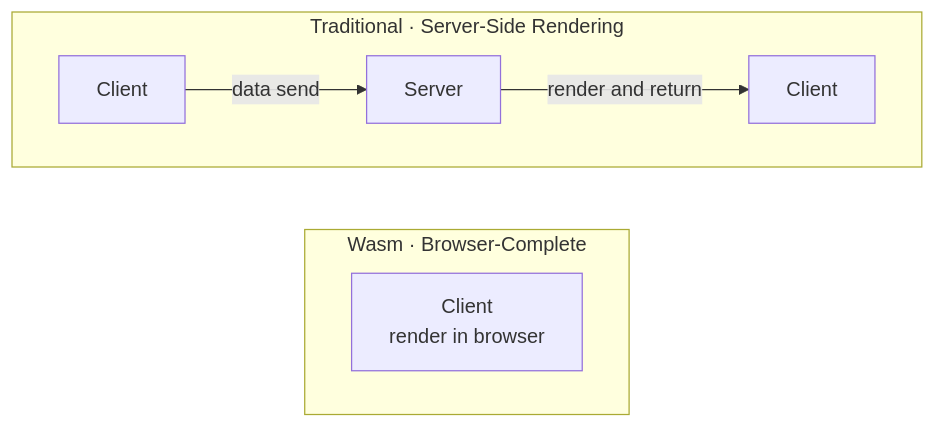
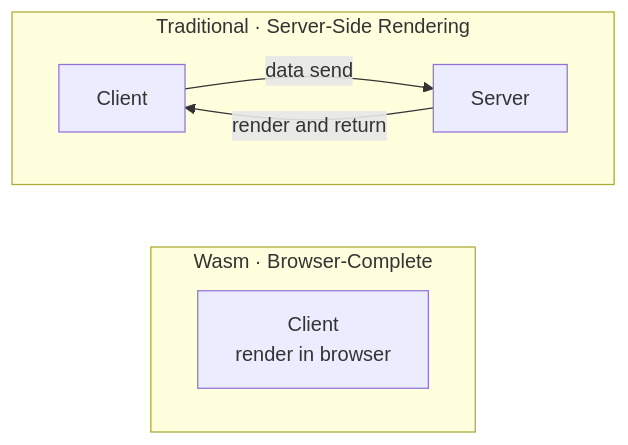
The first of 4 diagrams in slides/slides.md (tkoyama010/pyvista-wasm), drawn with Mermaid before and after one commit.

Commit message:
docs: merge duplicate Client nodes into one in SSR diagram

````diff
--- a/slides/slides.md
+++ b/slides/slides.md
@@ -267,12 +267,12 @@
 ```mermaid {scale: 0.75}
 flowchart LR
   subgraph Wasm["Wasm · Browser-Complete"]
     direction LR
     WC["Client<br/>render in browser"]
   end
   subgraph Traditional["Traditional · Server-Side Rendering"]
     direction LR
-    TC1["Client"] -->|data send| S["Server"]
-    S -->|render and return| TC2["Client"]
+    TC["Client"] -->|data send| S["Server"]
+    S -->|render and return| TC
   end
 ```
````
